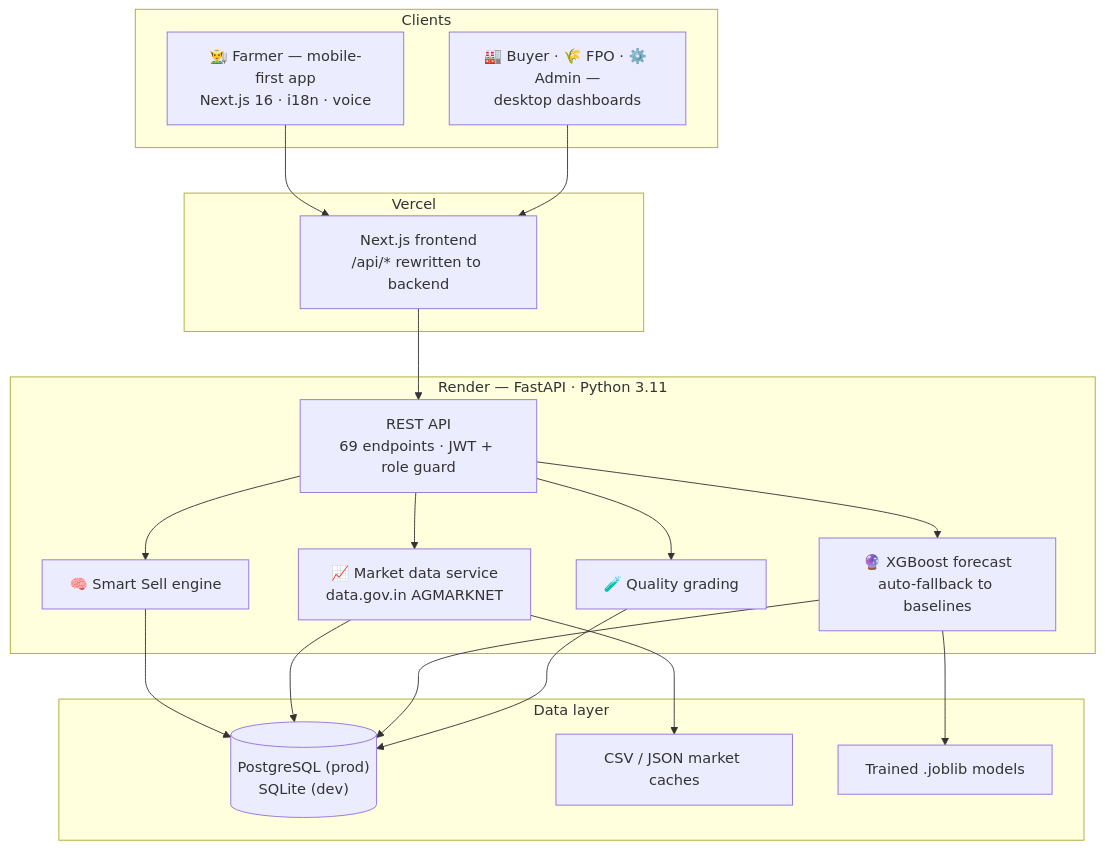
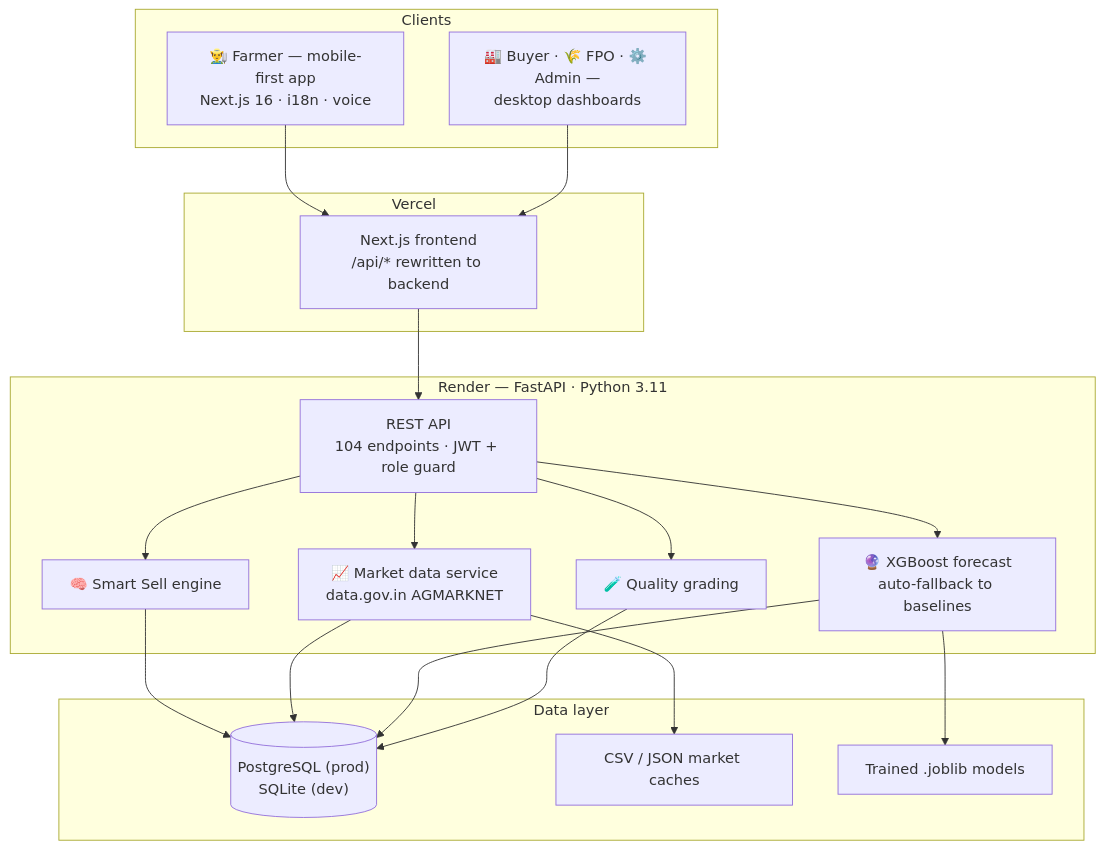
One commit to suman2308/market-intelligence-for-farmer changed the first of 2 diagrams in README.md. Above: the diagram before and after it, drawn with Mermaid. The commit also changed other lines of this file and 7 other files, not shown here.

````diff
--- a/README.md
+++ b/README.md
@@ -108,39 +108,39 @@
 ```mermaid
 flowchart TB
     subgraph C["Clients"]
         F["👨‍🌾 Farmer — mobile-first app<br/>Next.js 16 · i18n · voice"]
         D["🏭 Buyer · 🌾 FPO · ⚙️ Admin —<br/>desktop dashboards"]
     end
 
     subgraph V["Vercel"]
         WEB["Next.js frontend<br/>/api/* rewritten to backend"]
     end
 
     subgraph B["Render — FastAPI · Python 3.11"]
-        API["REST API<br/>69 endpoints · JWT + role guard"]
+        API["REST API<br/>104 endpoints · JWT + role guard"]
         SE["🧠 Smart Sell engine"]
         MD["📈 Market data service<br/>data.gov.in AGMARKNET"]
         ML["🔮 XGBoost forecast<br/>auto-fallback to baselines"]
         QG["🧪 Quality grading"]
     end
 
     subgraph DATA["Data layer"]
         DB[("PostgreSQL (prod)<br/>SQLite (dev)")]
         CACHE["CSV / JSON market caches"]
         MODELS["Trained .joblib models"]
     end
 
     F --> WEB
     D --> WEB
     WEB --> API
     API --> SE
     API --> MD
     API --> ML
     API --> QG
     SE --> DB
     MD --> DB
     MD --> CACHE
     ML --> MODELS
     ML --> DB
     QG --> DB
 ```
````
